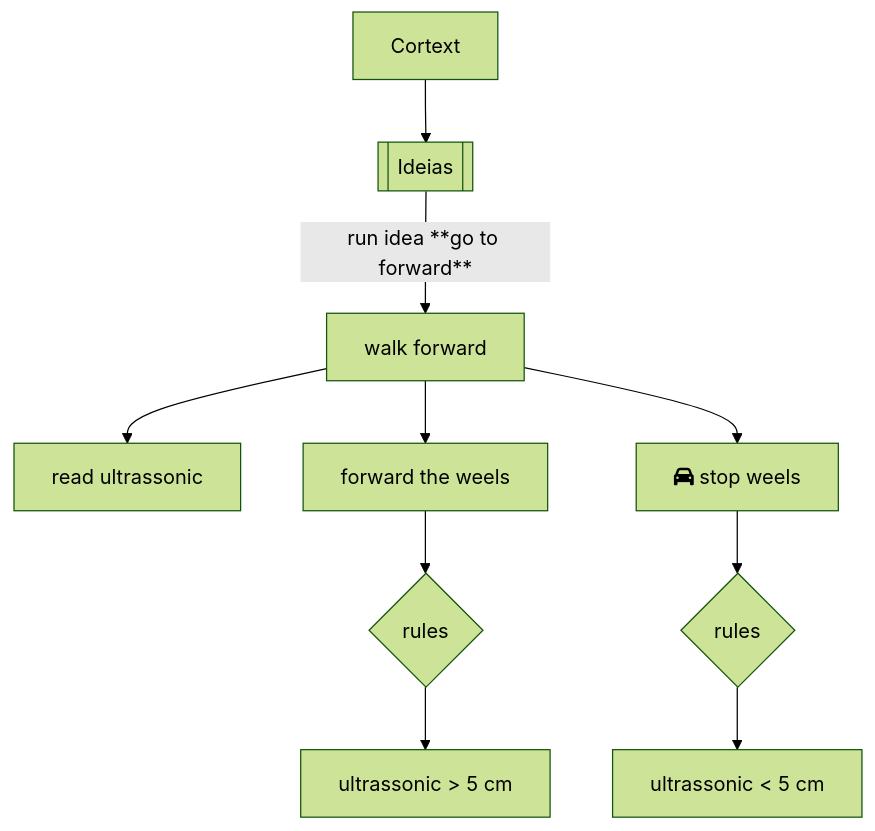
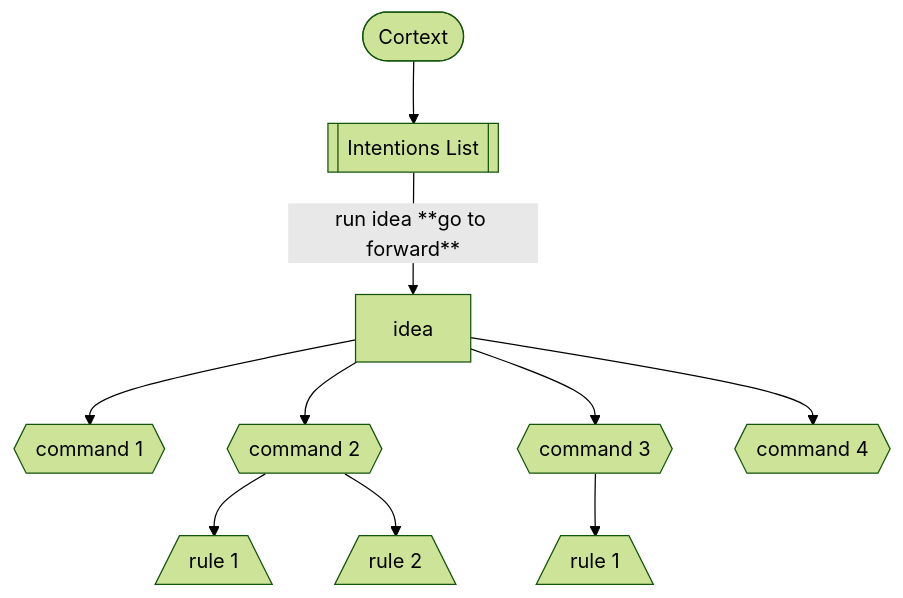
The second of 2 diagrams in mkdocs/docs/programming/brain/index.md (glaucomunsberg/robot-ia), drawn with Mermaid (forest theme) before and after one commit. The commit also changed other lines of this file and 4 other files, not shown here.

````diff
--- a/mkdocs/docs/programming/brain/index.md
+++ b/mkdocs/docs/programming/brain/index.md
@@ -5,12 +35,12 @@
 ```mermaid
 flowchart TB
-    CORTEX[Cortext] --> IDEAS[["`Ideias`"]]
-    IDEAS -- run idea **go to forward** --> IDEA[walk forward]
-    IDEA --> CMD1[read ultrassonic]
-    IDEA --> CMD2[forward the weels]
-    IDEA --> CMD3[fa:fa-car stop weels]
-    CMD2 --> C_RULES2{rules}
-    C_RULES2 --> CR1_2[ultrassonic > 5 cm]
-    CMD3 --> C_RULES3{rules}
-    C_RULES3 --> CR1_3[ultrassonic < 5 cm]
+    CORTEX([Cortext]) --> INTENTIONS[["`Intentions List`"]]
+    INTENTIONS -- run idea **go to forward** --> IDEA[idea]
+    IDEA --> CMD1{{command 1}}
+    IDEA --> CMD2{{command 2}}
+    IDEA --> CMD3{{command 3}}
+    IDEA --> CMD4{{command 4}}
+    CMD2 --> C_RULES1[/rule 1\]
+    CMD2 --> C_RULES2[/rule 2\]
+    CMD3 --> C_RULES3[/rule 1\]
 ```
````
